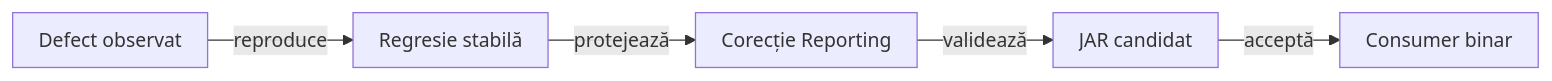
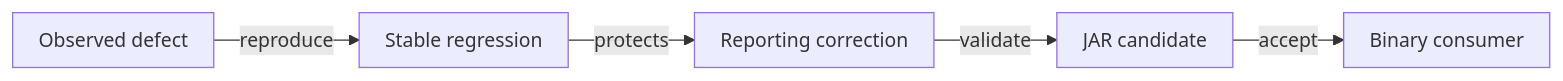
Before and after one commit to crististefanita/atf_j0: the first of 4 diagrams in atf-reporting-tests/README.md, drawn with Mermaid. The commit also changed other lines of this file and 113 other files, not shown here.

````diff
--- a/atf-reporting-tests/README.md
+++ b/atf-reporting-tests/README.md
@@ -38,8 +37,8 @@
 ```mermaid
 %%{init: {"themeVariables":{"fontSize":"15px"},"themeCSS":".nodeLabel, .nodeLabel p { font-size: 15px !important; line-height: 1.35 !important; } .edgeLabel, .edgeLabel p { font-size: 12px !important; font-weight: 400 !important; line-height: 1.2 !important; } .edgeLabel .labelBkg, .edgeLabel p { background: transparent !important; } .edgeLabel foreignObject { transform: translateY(-18px); overflow: visible; } .node rect { rx: 6px; ry: 6px; }","flowchart":{"curve":"linear","nodeSpacing":24,"rankSpacing":40,"padding":10,"diagramPadding":16}}}%%
 flowchart LR
-    Incident["Defect observat"] -->|reproduce| Regression["Regresie stabilă"]
-    Regression -->|protejează| Fix["Corecție Reporting"]
-    Fix -->|validează| Jar["JAR candidat"]
-    Jar -->|acceptă| Consumer["Consumer binar"]
+    Incident["Observed defect"] -->|reproduce| Regression["Stable regression"]
+    Regression -->|protects| Fix["Reporting correction"]
+    Fix -->|validate| Jar["JAR candidate"]
+    Jar -->|accept| Consumer["Binary consumer"]
 ```
````
